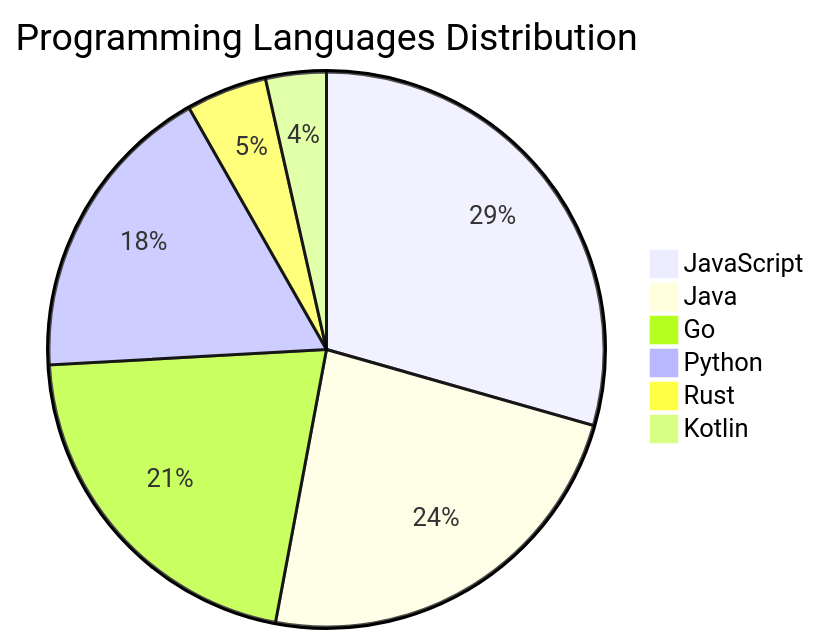
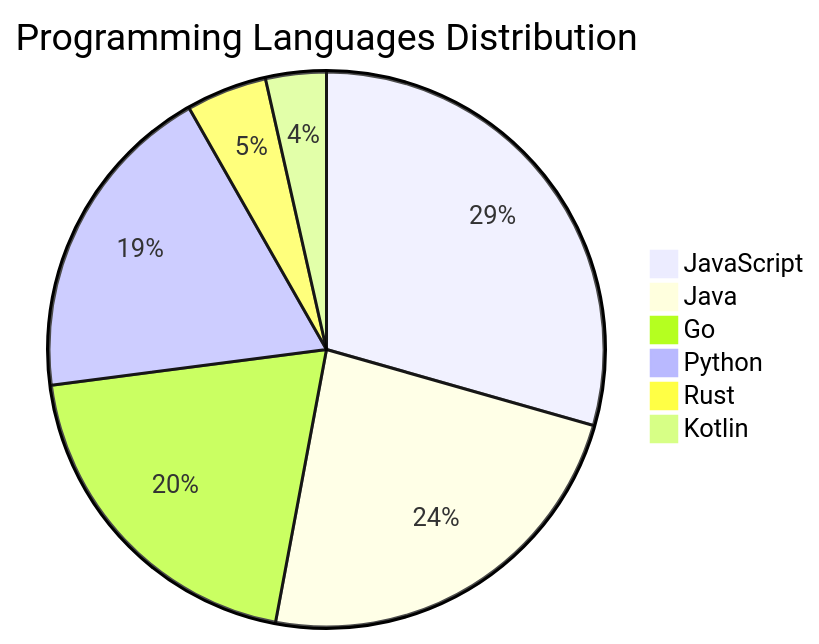
Before and after one commit to Derrick-MUGISHA/github-activity-bot: the diagram in README.md, drawn with Mermaid. The commit also changed other lines of this file and 3 other files, not shown here.

````diff
--- a/README.md
+++ b/README.md
@@ -72,9 +72,9 @@
 ```mermaid
 pie title Programming Languages Distribution
     "JavaScript" : 25
     "Java" : 20
-    "Go" : 18
-    "Python" : 15
+    "Go" : 17
+    "Python" : 16
     "Rust" : 4
     "Kotlin" : 3
 ```
````
